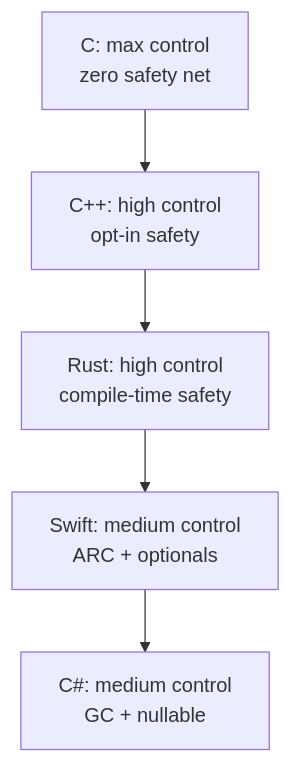
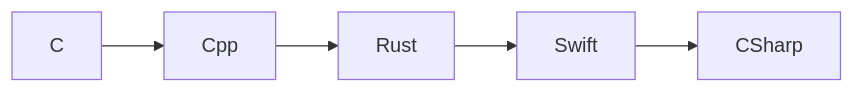
The first of 3 diagrams in Development/Programming-Languages/Comparisons.md (444Nazky/My-Vault), drawn with Mermaid before and after one commit. The commit also changed other lines of this file and 7 other files, not shown here.

````diff
--- a/Development/Programming-Languages/Comparisons.md
+++ b/Development/Programming-Languages/Comparisons.md
@@ -9,7 +8,7 @@
 ```mermaid
-flowchart TD
-    C[C: max control<br/>zero safety net] --> CPP[C++: high control<br/>opt-in safety]
-    CPP --> RS[Rust: high control<br/>compile-time safety]
-    RS --> SW[Swift: medium control<br/>ARC + optionals]
-    SW --> CS[C#: medium control<br/>GC + nullable]
+flowchart LR
+    C["C"] --> CPP["Cpp"]
+    CPP --> RS["Rust"]
+    RS --> SW["Swift"]
+    SW --> CS["CSharp"]
 ```
````
